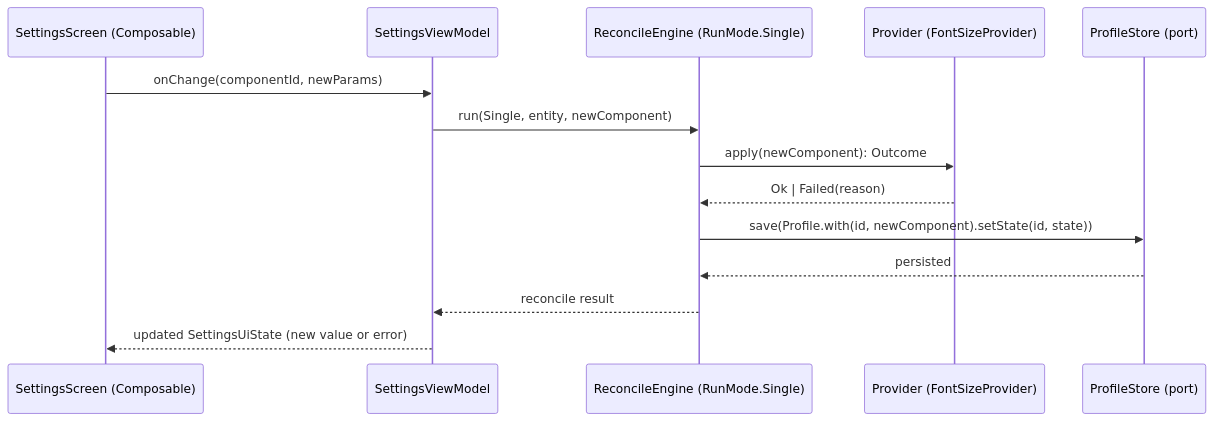
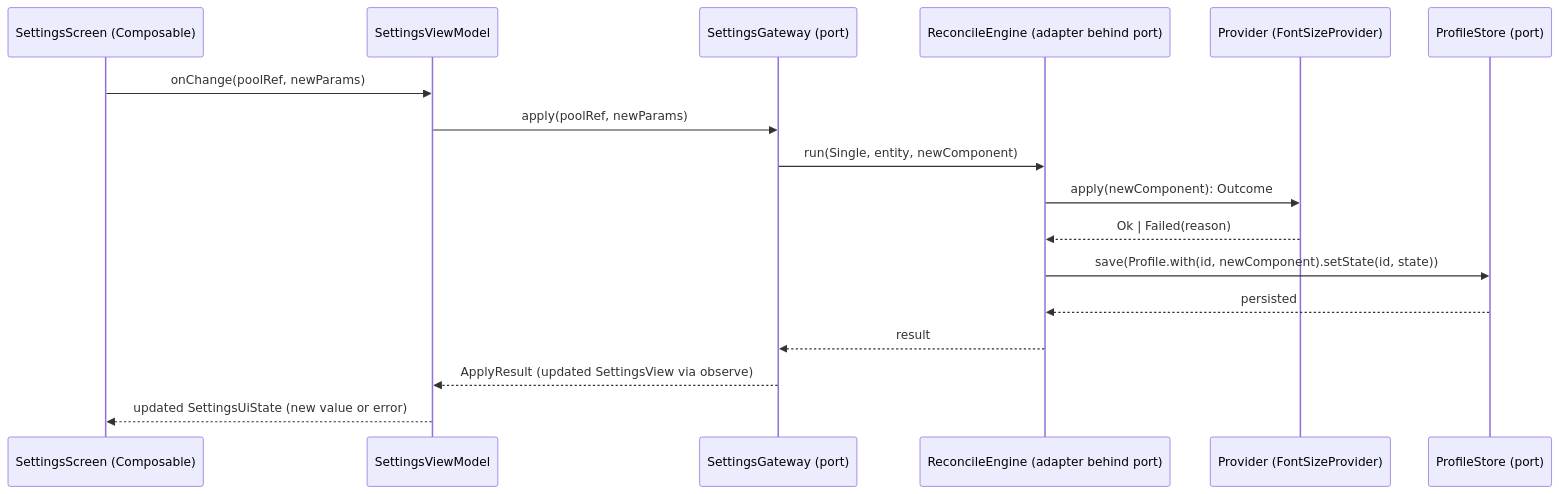
Before and after one commit to jeromwork/launcher: the fourth of 8 diagrams in specs/task-69-settings-as-profile-view/spec.md, drawn with Mermaid. The commit also changed other lines of this file, not shown here.

First line of the commit message:
TASK-69 spec: SettingsGateway seam + point model to ecs.md (pre-plan)

````diff
--- a/specs/task-69-settings-as-profile-view/spec.md
+++ b/specs/task-69-settings-as-profile-view/spec.md
@@ -196,16 +199,19 @@
 ```mermaid
 sequenceDiagram
   participant UI as SettingsScreen (Composable)
   participant VM as SettingsViewModel
-  participant RE as ReconcileEngine (RunMode.Single)
+  participant GW as SettingsGateway (port)
+  participant RE as ReconcileEngine (adapter behind port)
   participant PV as Provider (FontSizeProvider)
   participant PS as ProfileStore (port)
-  UI->>VM: onChange(componentId, newParams)
-  VM->>RE: run(Single, entity, newComponent)
+  UI->>VM: onChange(poolRef, newParams)
+  VM->>GW: apply(poolRef, newParams)
+  GW->>RE: run(Single, entity, newComponent)
   RE->>PV: apply(newComponent): Outcome
   PV-->>RE: Ok | Failed(reason)
   RE->>PS: save(Profile.with(id, newComponent).setState(id, state))
   PS-->>RE: persisted
-  RE-->>VM: reconcile result
+  RE-->>GW: result
+  GW-->>VM: ApplyResult (updated SettingsView via observe)
   VM-->>UI: updated SettingsUiState (new value or error)
 ```
````
